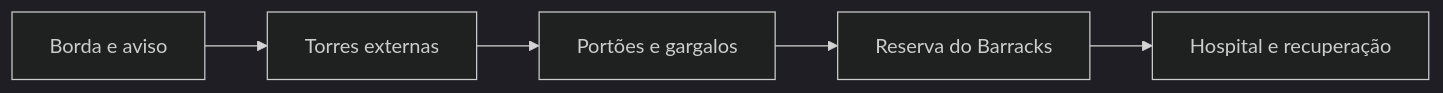
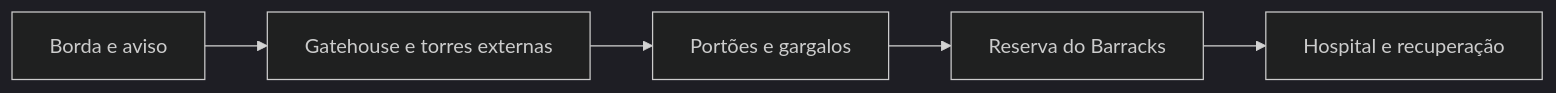
Before and after one commit to addandias/minecolonies-vault: the diagram in content/07 - Defesa/Estratégia defensiva.md, drawn with Mermaid (dark theme). The commit also changed other lines of this file and 18 other files, not shown here.

````diff
--- a/content/07 - Defesa/Estratégia defensiva.md
+++ b/content/07 - Defesa/Estratégia defensiva.md
@@ -15,7 +15,7 @@
 ```mermaid
 flowchart LR
-    A["Borda e aviso"] --> B["Torres externas"]
+    A["Borda e aviso"] --> B["Gatehouse e torres externas"]
     B --> C["Portões e gargalos"]
     C --> D["Reserva do Barracks"]
     D --> E["Hospital e recuperação"]
 ```
````
